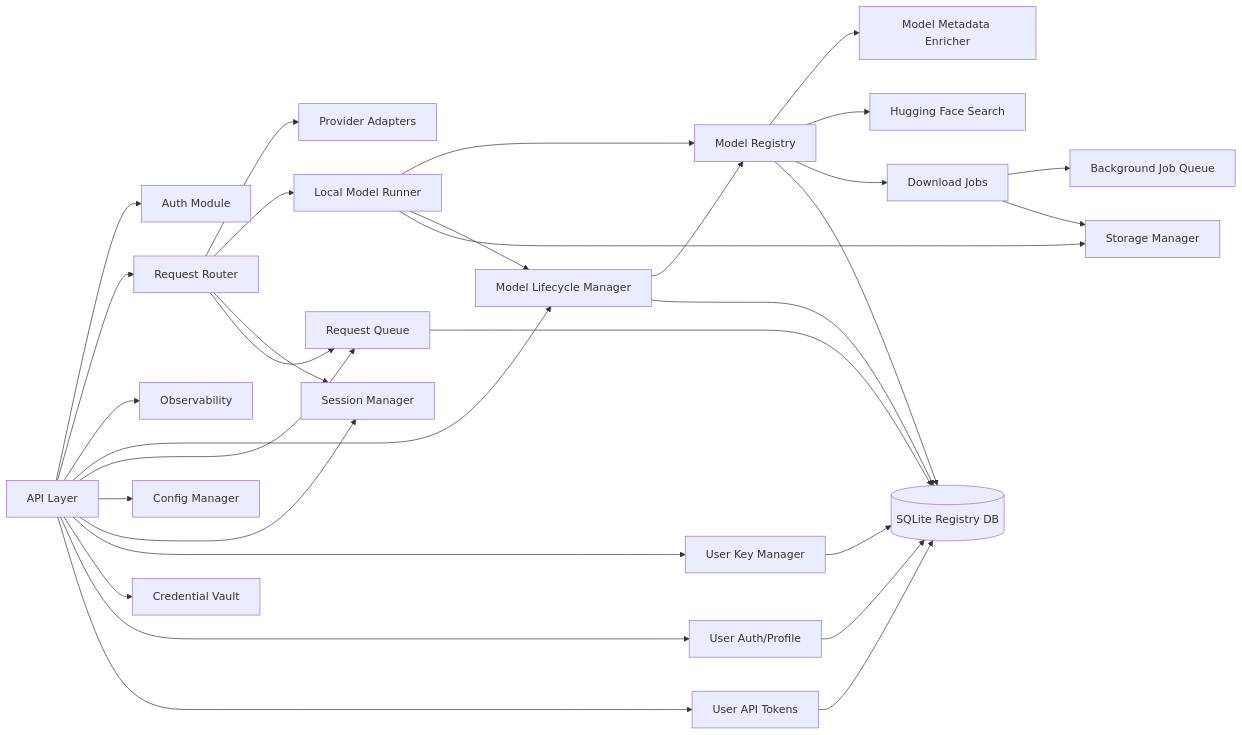
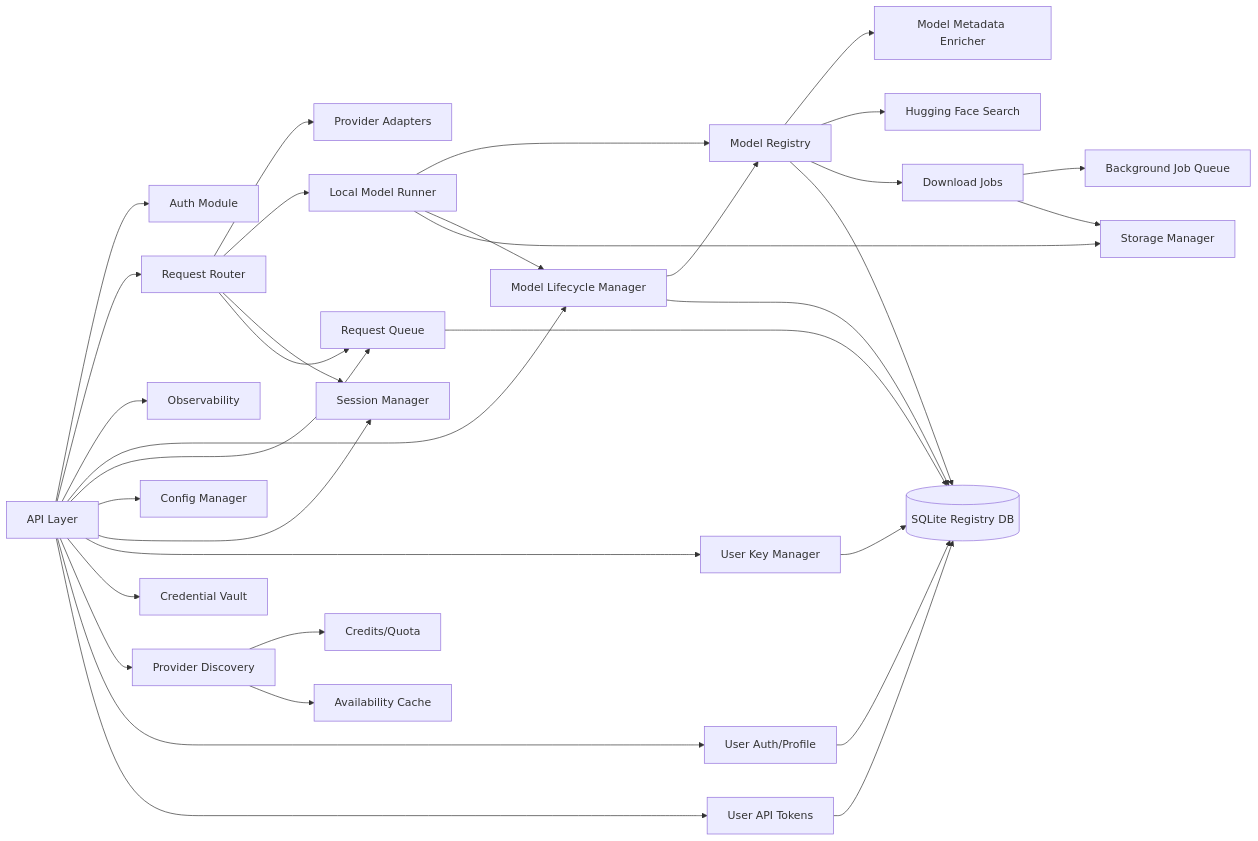
One commit to pluggably/llm_api changed the first of 9 diagrams in docs/architecture/software_architecture_backend.md. Above: the diagram before and after it, drawn with Mermaid. The commit also changed other lines of this file and 94 other files, not shown here.

````diff
--- a/docs/architecture/software_architecture_backend.md
+++ b/docs/architecture/software_architecture_backend.md
@@ -12,55 +12,61 @@
 ```mermaid
 graph LR
     API[API Layer]
     Auth[Auth Module]
     Router[Request Router]
     Adapters[Provider Adapters]
     Runner[Local Model Runner]
     Registry[Model Registry]
     Lifecycle[Model Lifecycle Manager]
     ReqQueue[Request Queue]
     Enrich[Model Metadata Enricher]
     CatalogSearch[Hugging Face Search]
     Downloader[Download Jobs]
     Queue[Background Job Queue]
     Storage[Storage Manager]
     Config[Config Manager]
     Obs[Observability]
     Sessions[Session Manager]
     Keys[User Key Manager]
     Creds[Credential Vault]
+    ProviderDiscovery[Provider Discovery]
+    Quota[Credits/Quota]
+    AvailabilityCache[Availability Cache]
     Users[User Auth/Profile]
     Tokens[User API Tokens]
     DB[(SQLite Registry DB)]
 
     API --> Auth
     API --> Router
     API --> Obs
     API --> Lifecycle
     API --> ReqQueue
     Router --> Adapters
     Router --> Runner
     Router --> Sessions
     Router --> ReqQueue
     Runner --> Registry
     Runner --> Lifecycle
     Lifecycle --> Registry
     Lifecycle --> DB
     ReqQueue --> DB
     Registry --> Enrich
     Registry --> CatalogSearch
     Registry --> Downloader
     Downloader --> Queue
     Registry --> DB
     Keys --> DB
     Users --> DB
     Tokens --> DB
     Downloader --> Storage
     Runner --> Storage
     API --> Config
     API --> Sessions
     API --> Keys
     API --> Creds
+    API --> ProviderDiscovery
+    ProviderDiscovery --> Quota
+    ProviderDiscovery --> AvailabilityCache
     API --> Users
     API --> Tokens
 ```
````
